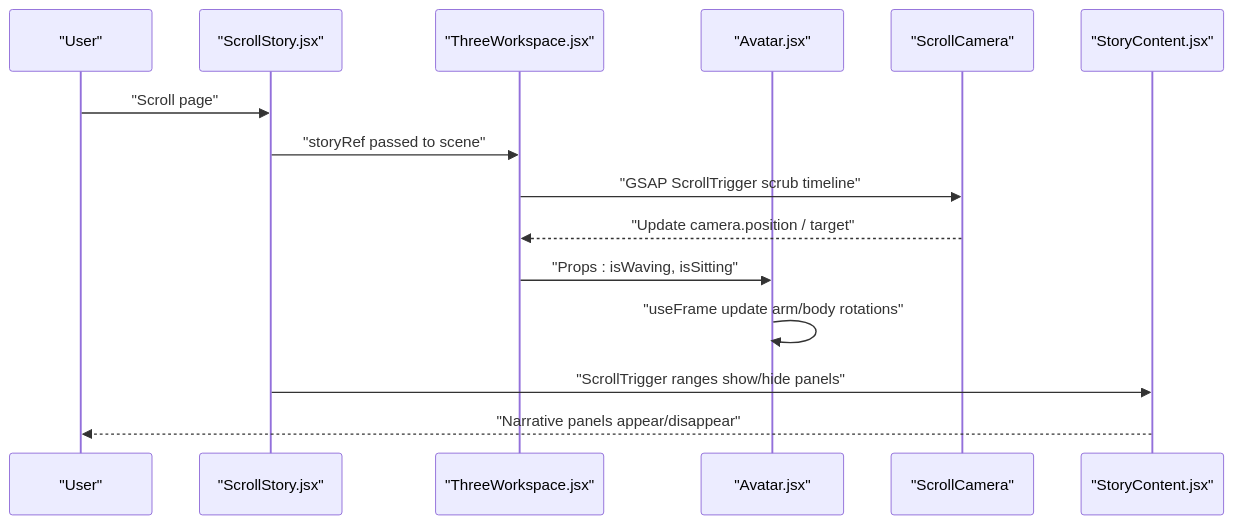
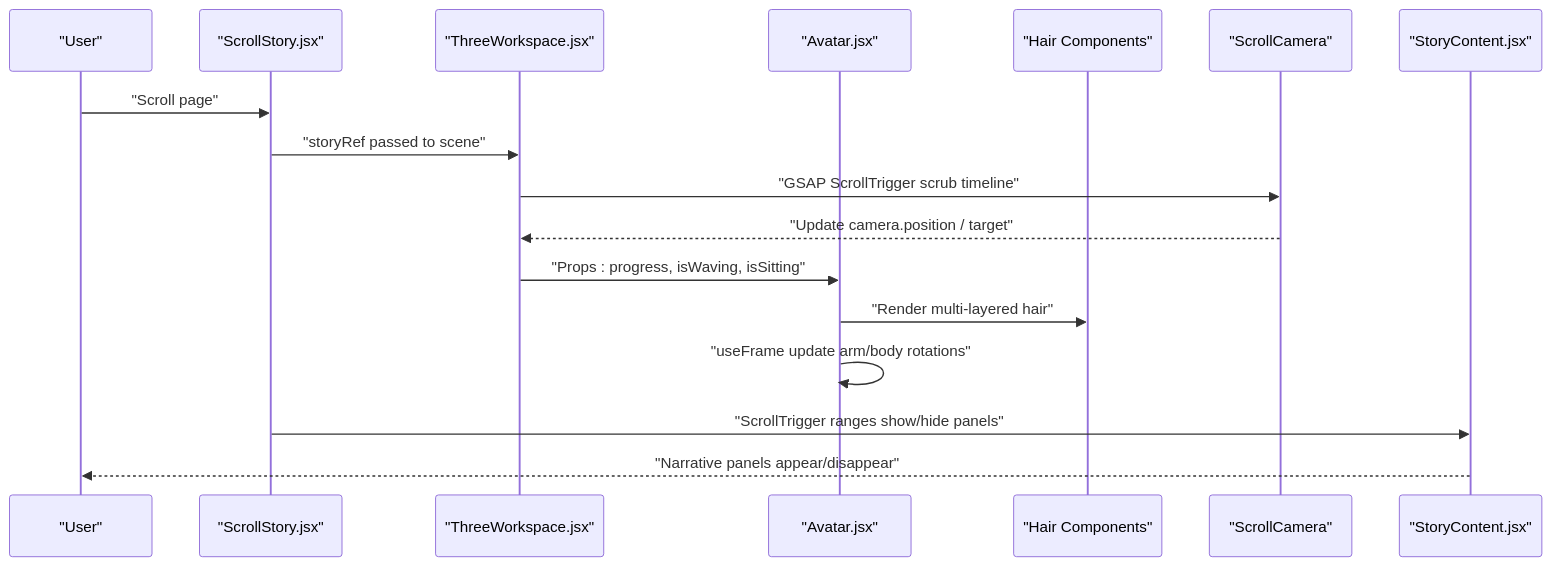
One commit to emaanfatima312005-wq/emaan-portfolio changed the second of 5 diagrams in .qoder/repowiki/en/content/3D Scene System/Character System.md. Above: the diagram before and after it, drawn with Mermaid. The commit also changed other lines of this file and 9 other files, not shown here.

````diff
--- a/.qoder/repowiki/en/content/3D Scene System/Character System.md
+++ b/.qoder/repowiki/en/content/3D Scene System/Character System.md
@@ -84,17 +96,19 @@
 ```mermaid
 sequenceDiagram
 participant User as "User"
 participant ScrollStory as "ScrollStory.jsx"
 participant ThreeWS as "ThreeWorkspace.jsx"
 participant Avatar as "Avatar.jsx"
+participant HairSystem as "Hair Components"
 participant Camera as "ScrollCamera"
 participant Panels as "StoryContent.jsx"
 User->>ScrollStory : "Scroll page"
 ScrollStory->>ThreeWS : "storyRef passed to scene"
 ThreeWS->>Camera : "GSAP ScrollTrigger scrub timeline"
 Camera-->>ThreeWS : "Update camera.position / target"
-ThreeWS->>Avatar : "Props : isWaving, isSitting"
+ThreeWS->>Avatar : "Props : progress, isWaving, isSitting"
+Avatar->>HairSystem : "Render multi-layered hair"
 Avatar->>Avatar : "useFrame update arm/body rotations"
 ScrollStory->>Panels : "ScrollTrigger ranges show/hide panels"
 Panels-->>User : "Narrative panels appear/disappear"
 ```
````
